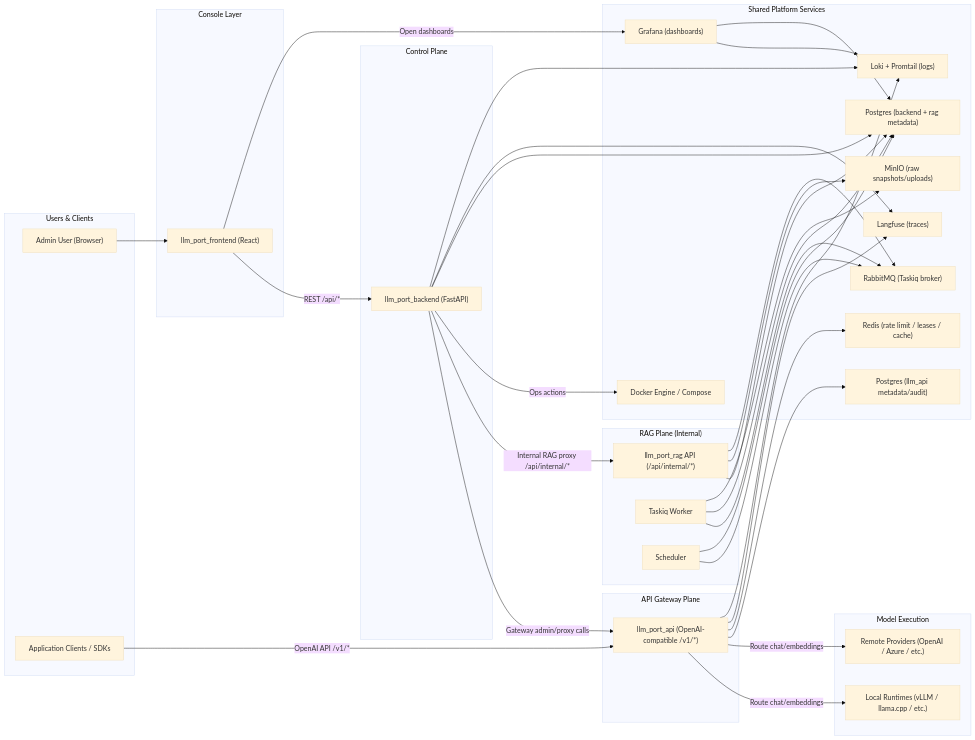
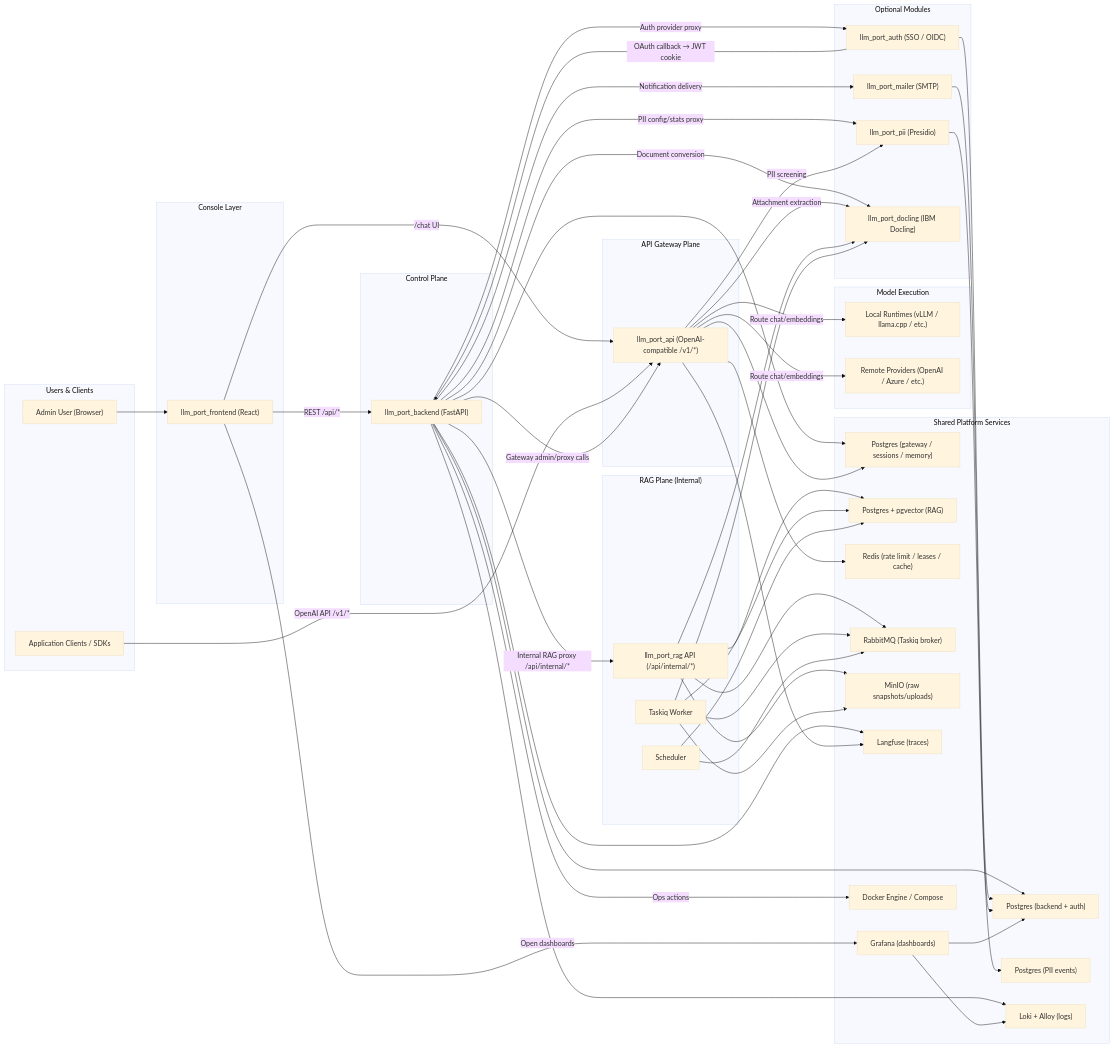
Before and after one commit to llm-port/.github: the diagram in profile/architecture.md, drawn with Mermaid (base theme). The commit also changed other lines of this file and 2 other files, not shown here.

```diff
--- a/profile/architecture.md
+++ b/profile/architecture.md
@@ -21,6 +21,13 @@
         API["llm_port_api (OpenAI-compatible /v1/*)"]
     end
 
+    subgraph Modules["Optional Modules"]
+        AUTH["llm_port_auth (SSO / OIDC)"]
+        PII["llm_port_pii (Presidio)"]
+        MAILER["llm_port_mailer (SMTP)"]
+        DOCLING["llm_port_docling (IBM Docling)"]
+    end
+
     subgraph RAG["RAG Plane (Internal)"]
         RAGAPI["llm_port_rag API (/api/internal/*)"]
         RAGW["Taskiq Worker"]
@@ -33,43 +40,60 @@
     end
 
     subgraph Shared["Shared Platform Services"]
-        PGMAIN["Postgres (backend + rag metadata)"]
-        PGAPI["Postgres (llm_api metadata/audit)"]
+        PGMAIN["Postgres (backend + auth)"]
+        PGAPI["Postgres (gateway / sessions / memory)"]
+        PGRAG["Postgres + pgvector (RAG)"]
+        PGPII["Postgres (PII events)"]
         REDIS["Redis (rate limit / leases / cache)"]
         RMQ["RabbitMQ (Taskiq broker)"]
         MINIO["MinIO (raw snapshots/uploads)"]
         LANGFUSE["Langfuse (traces)"]
-        LOKI["Loki + Promtail (logs)"]
+        LOKI["Loki + Alloy (logs)"]
         GRAF["Grafana (dashboards)"]
         DOCKER["Docker Engine / Compose"]
     end
 
     U1 --> FE
     FE -->|REST /api/*| BE
+    FE -->|/chat UI| API
     U2 -->|OpenAI API /v1/*| API
 
     BE -->|Gateway admin/proxy calls| API
     BE -->|Internal RAG proxy /api/internal/*| RAGAPI
+    BE -->|Auth provider proxy| AUTH
+    BE -->|PII config/stats proxy| PII
+    BE -->|Notification delivery| MAILER
+    BE -->|Document conversion| DOCLING
     BE -->|Ops actions| DOCKER
     BE --> PGMAIN
+    BE --> PGAPI
     BE --> LANGFUSE
     BE --> LOKI
 
     API -->|Route chat/embeddings| LOCAL
     API -->|Route chat/embeddings| REMOTE
+    API -->|PII screening| PII
+    API -->|Attachment extraction| DOCLING
     API --> PGAPI
     API --> REDIS
     API --> LANGFUSE
-    API --> LOKI
 
-    RAGAPI --> PGMAIN
+    AUTH -->|OAuth callback → JWT cookie| BE
+    AUTH --> PGMAIN
+
+    PII --> PGPII
+    MAILER --> PGMAIN
+
+    RAGAPI --> PGRAG
     RAGAPI --> MINIO
+    RAGAPI --> DOCLING
     RAGAPI --> RMQ
     RAGW --> RMQ
-    RAGW --> PGMAIN
+    RAGW --> PGRAG
     RAGW --> MINIO
+    RAGW --> DOCLING
     RAGS --> RMQ
-    RAGS --> PGMAIN
+    RAGS --> PGRAG
 
     GRAF --> LOKI
     GRAF --> PGMAIN
```
